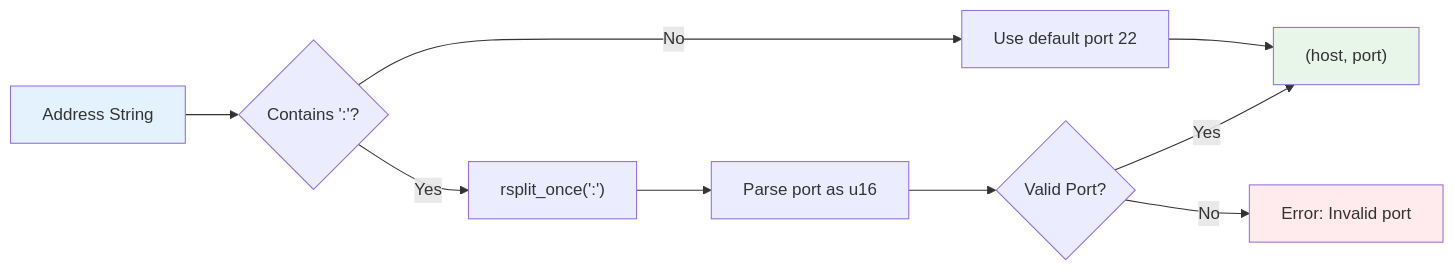
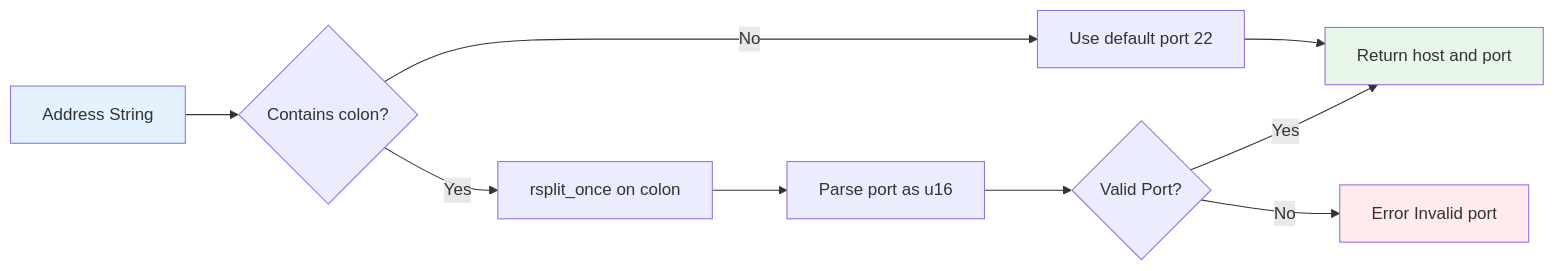
Before and after one commit to farchanjo/ssh-mcp: the fourth of 14 diagrams in docs/FLOWS.md, drawn with Mermaid. The commit also changed other lines of this file, not shown here.

First line of the commit message:
docs(flows): update sequence diagrams for russh refactor

````diff
--- a/docs/FLOWS.md
+++ b/docs/FLOWS.md
@@ -158,19 +185,19 @@
 ```mermaid
 flowchart LR
-    Input["Address String"] --> Check{Contains ':'?}
+    Input["Address String"] --> Check{Contains colon?}
 
-    Check -->|Yes| Split["rsplit_once(':')"]
+    Check -->|Yes| Split["rsplit_once on colon"]
     Check -->|No| Default["Use default port 22"]
 
     Split --> ParsePort["Parse port as u16"]
     ParsePort --> Valid{Valid Port?}
 
-    Valid -->|Yes| Return["(host, port)"]
-    Valid -->|No| Error["Error: Invalid port"]
+    Valid -->|Yes| Return["Return host and port"]
+    Valid -->|No| Error["Error Invalid port"]
 
     Default --> Return
 
     style Input fill:#e3f2fd
     style Return fill:#e8f5e9
     style Error fill:#ffebee
 ```
````
